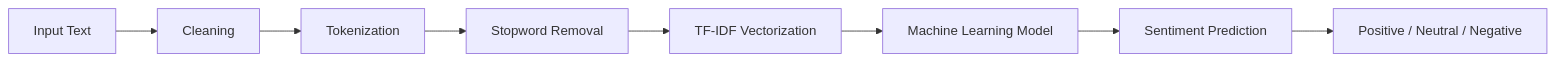
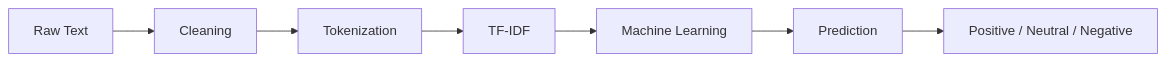
One commit to Shrutishinha/sentimental_analysis changed the diagram in README.md. Above: the diagram before and after it, drawn with Mermaid. The commit also changed other lines of this file, not shown here.

````diff
--- a/README.md
+++ b/README.md
@@ -65,12 +44,11 @@
 ```mermaid
 flowchart LR
 
-A[Input Text]
+A[Raw Text]
 -->B[Cleaning]
 -->C[Tokenization]
--->D[Stopword Removal]
--->E[TF-IDF Vectorization]
--->F[Machine Learning Model]
--->G[Sentiment Prediction]
--->H[Positive / Neutral / Negative]
+-->D[TF-IDF]
+-->E[Machine Learning]
+-->F[Prediction]
+-->G[Positive / Neutral / Negative]
 ```
````
